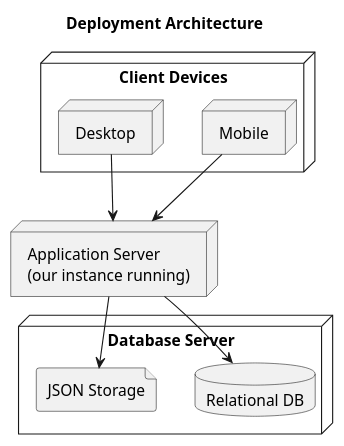
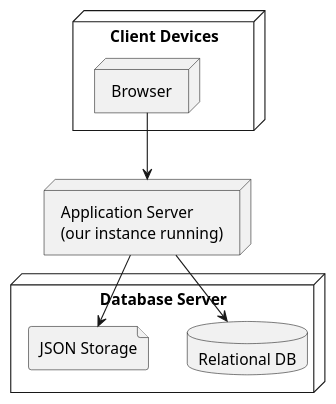
The diagram in artifacts/plantuml-diagrams/deployment-architecture.plantuml (phatt-23/VIS-Project), drawn with PlantUML before and after one commit. The commit also changed 89 other files, not shown here.

```diff
--- a/artifacts/plantuml-diagrams/deployment-architecture.plantuml
+++ b/artifacts/plantuml-diagrams/deployment-architecture.plantuml
@@ -1,22 +1,19 @@
 @startuml
-title Deployment Architecture
 
 node "Client Devices" {
-  node "Mobile" as Mobile
-  node "Desktop" as ClientDesktop
+  node "Browser" as Browser 
 }
 
 node "Application Server\n(our instance running)" as AppServer
 
 node "Database Server" as DBServer {
   database "Relational DB" as DeployRDB
   file "JSON Storage" as DeployJSON
 }
 
-Mobile --> AppServer
-ClientDesktop --> AppServer
+Browser --> AppServer
 
 AppServer --> DeployRDB
 AppServer --> DeployJSON
 
 @enduml
```
